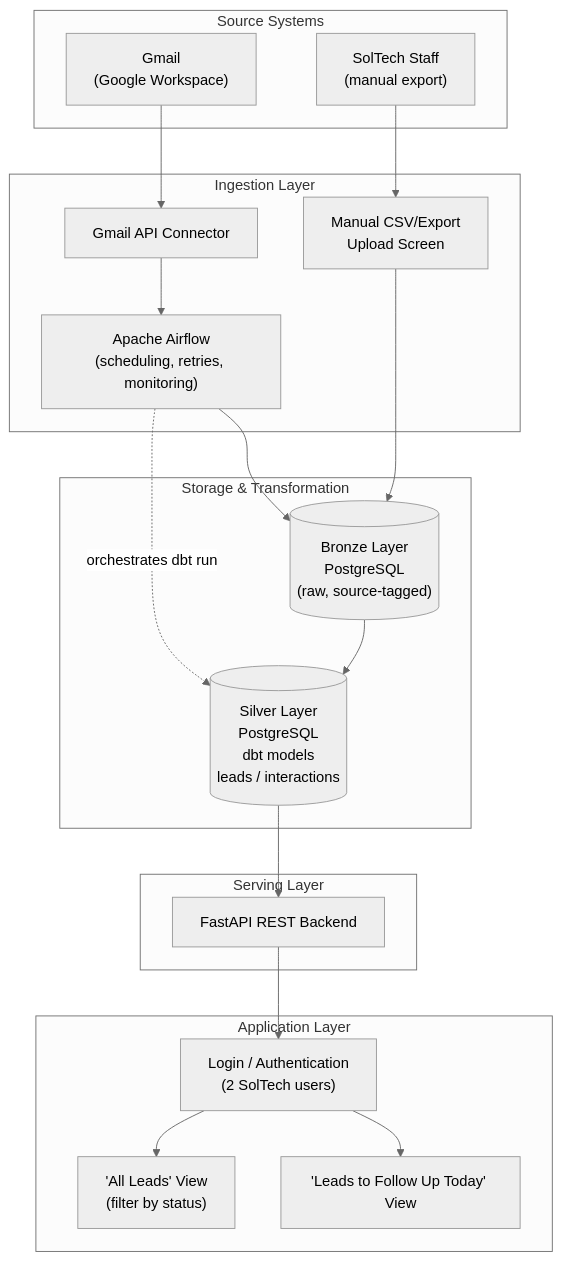
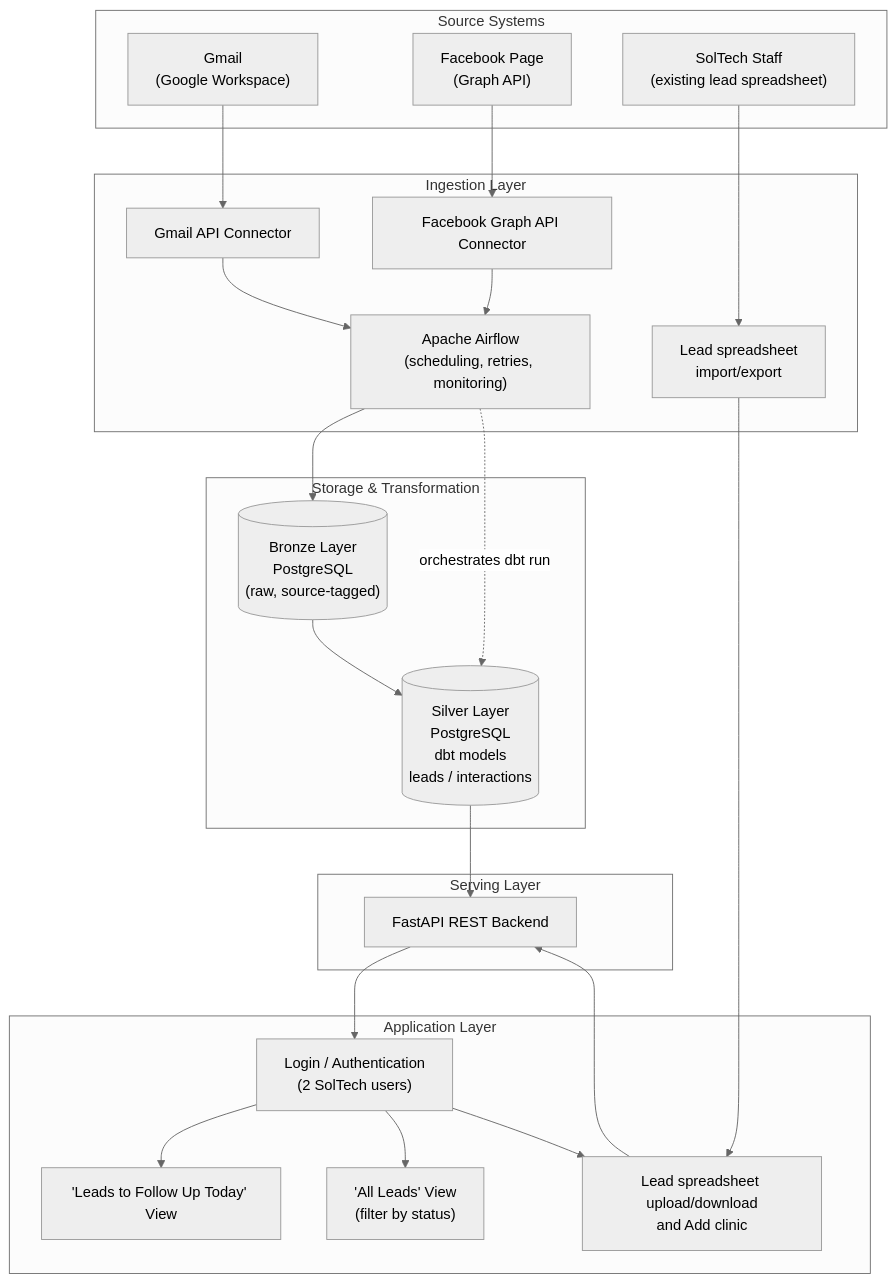
Before and after one commit to CMSC128-NexusWorks/SolNexus: the first of 4 diagrams in docs/architecture.md, drawn with Mermaid (neutral theme). The commit also changed other lines of this file and 5 other files, not shown here.

````diff
--- a/docs/architecture.md
+++ b/docs/architecture.md
@@ -31,38 +31,44 @@
 ```mermaid
 flowchart TB
     subgraph SRC["Source Systems"]
         GMAIL["Gmail\n(Google Workspace)"]
-        STAFF["SolTech Staff\n(manual export)"]
+        FB["Facebook Page\n(Graph API)"]
+        STAFF["SolTech Staff\n(existing lead spreadsheet)"]
     end
 
     subgraph ING["Ingestion Layer"]
         GMAILCONN["Gmail API Connector"]
-        UPLOAD["Manual CSV/Export\nUpload Screen"]
+        FBCONN["Facebook Graph API Connector"]
+        UPLOAD["Lead spreadsheet\nimport/export"]
         AF["Apache Airflow\n(scheduling, retries, monitoring)"]
     end
 
     subgraph STORE["Storage & Transformation"]
         BRONZE[("Bronze Layer\nPostgreSQL\n(raw, source-tagged)")]
         SILVER[("Silver Layer\nPostgreSQL\ndbt models\nleads / interactions")]
     end
 
     subgraph SERVE["Serving Layer"]
         API["FastAPI REST Backend"]
     end
 
     subgraph APP["Application Layer"]
         AUTH["Login / Authentication\n(2 SolTech users)"]
         DASH1["'Leads to Follow Up Today' View"]
         DASH2["'All Leads' View\n(filter by status)"]
+        LEADTOOLS["Lead spreadsheet upload/download\nand Add clinic"]
     end
 
     GMAIL --> GMAILCONN --> AF
-    STAFF --> UPLOAD --> BRONZE
+    FB --> FBCONN --> AF
+    STAFF --> UPLOAD --> LEADTOOLS
     AF --> BRONZE
     AF -. "orchestrates dbt run" .-> SILVER
     BRONZE --> SILVER
     SILVER --> API
     API --> AUTH
     AUTH --> DASH1
     AUTH --> DASH2
+    AUTH --> LEADTOOLS
+    LEADTOOLS --> API
 ```
````
